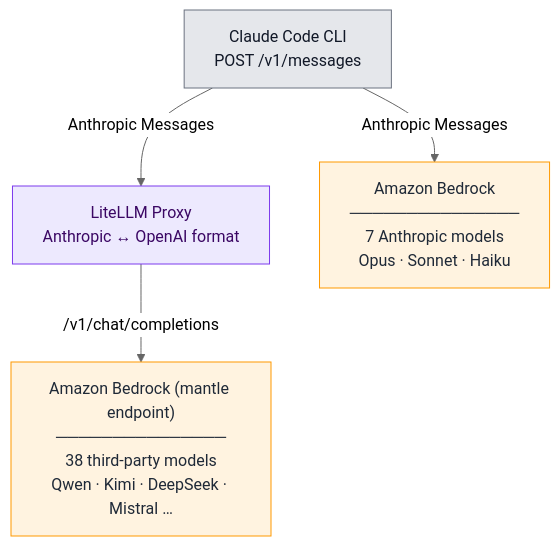
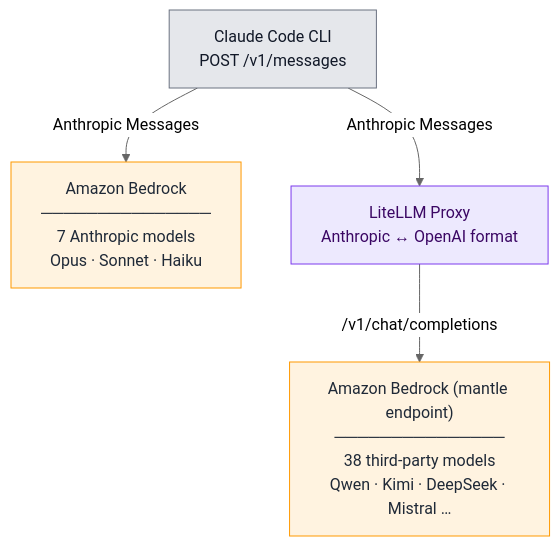
Before and after one commit to aarora79/llm-coding-harness-benchmarks: the first of 2 diagrams in README.md, drawn with Mermaid (neutral theme). The commit also changed 1 other file, not shown here.

Commit message:
Try invisible-spacer node to balance Bedrock diagram lanes
Add a transparent ghost node SpacerL beneath BedrockA and an invisible
edge BedrockA ~~~ SpacerL. Mermaid sees the left lane as 2 levels deep
(matching the right lane: Proxy -> BedrockM), so the layout engine
should now place BedrockA directly under the Anthropic-Messages arrow
on the left instead of pushing it sideways to balance.

Pushed to origin only for visual verification — if it makes layout worse
or breaks rendering (Mermaid is finicky about ~~~ + :::ghost combos),
revert again.

````diff
--- a/README.md
+++ b/README.md
@@ -72,18 +72,21 @@
 ```mermaid
 flowchart TD
     CC["Claude Code CLI<br/>POST /v1/messages"]
     Proxy["LiteLLM Proxy<br/>Anthropic ↔ OpenAI format"]
     BedrockA["Amazon Bedrock<br/>───────────────<br/>7 Anthropic models<br/>Opus · Sonnet · Haiku"]
     BedrockM["Amazon Bedrock (mantle endpoint)<br/>───────────────<br/>38 third-party models<br/>Qwen · Kimi · DeepSeek · Mistral …"]
+    SpacerL[" "]:::ghost
 
     CC -- "Anthropic Messages" --> BedrockA
     CC -- "Anthropic Messages" --> Proxy
     Proxy -- "/v1/chat/completions" --> BedrockM
+    BedrockA ~~~ SpacerL
 
     classDef agent fill:#E5E7EB,stroke:#6B7280,color:#111827
     classDef proxy fill:#EDE9FE,stroke:#7C3AED,color:#3B0764
     classDef bedrock fill:#FFF3E0,stroke:#FF9900,color:#1F2937
+    classDef ghost fill:none,stroke:none,color:#FFFFFF00
     class CC agent
     class Proxy proxy
     class BedrockA,BedrockM bedrock
 ```
````
